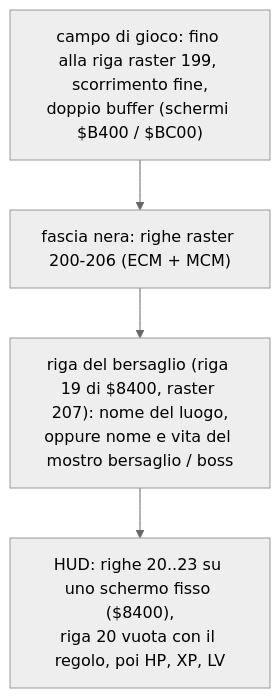
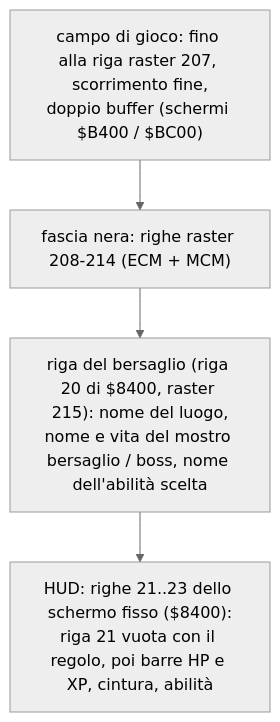
Before and after one commit to caporalesimone/barbarian-the-blood-path: the diagram in docs/wiki/interfaccia.md, drawn with Mermaid (neutral theme). The commit also changed other lines of this file and 26 other files, not shown here.

````diff
--- a/docs/wiki/interfaccia.md
+++ b/docs/wiki/interfaccia.md
@@ -94,8 +94,8 @@
 ```mermaid
 flowchart TB
-    PLAY["campo di gioco: fino alla riga raster 199, scorrimento fine,<br/>doppio buffer (schermi $B400 / $BC00)"]
-    BAND["fascia nera: righe raster 200-206 (ECM + MCM)"]
-    BAR["riga del bersaglio (riga 19 di $8400, raster 207): nome del luogo,<br/>oppure nome e vita del mostro bersaglio / boss"]
-    HUD["HUD: righe 20..23 su uno schermo fisso ($8400),<br/>riga 20 vuota con il regolo, poi HP, XP, LV"]
+    PLAY["campo di gioco: fino alla riga raster 207, scorrimento fine,<br/>doppio buffer (schermi $B400 / $BC00)"]
+    BAND["fascia nera: righe raster 208-214 (ECM + MCM)"]
+    BAR["riga del bersaglio (riga 20 di $8400, raster 215): nome del luogo,<br/>nome e vita del mostro bersaglio / boss, nome dell'abilità scelta"]
+    HUD["HUD: righe 21..23 dello schermo fisso ($8400):<br/>riga 21 vuota con il regolo, poi barre HP e XP, cintura, abilità"]
     PLAY --> BAND --> BAR --> HUD
 ```
````
